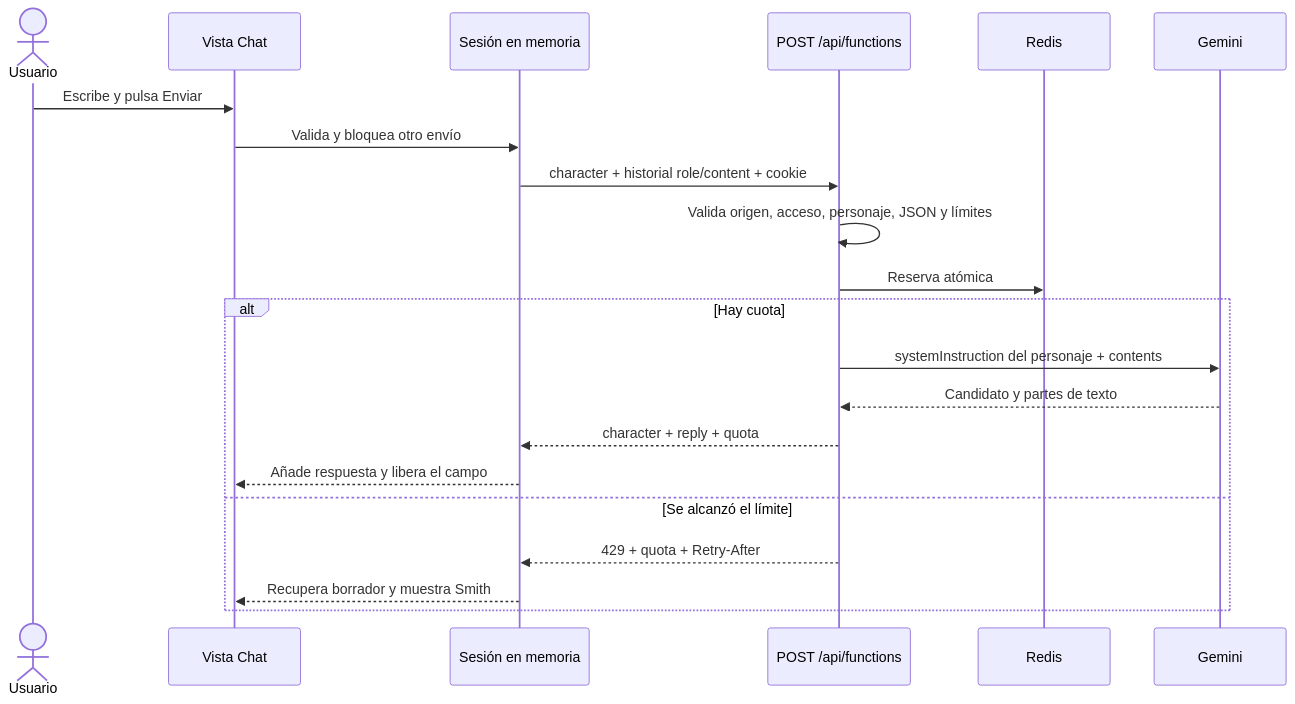
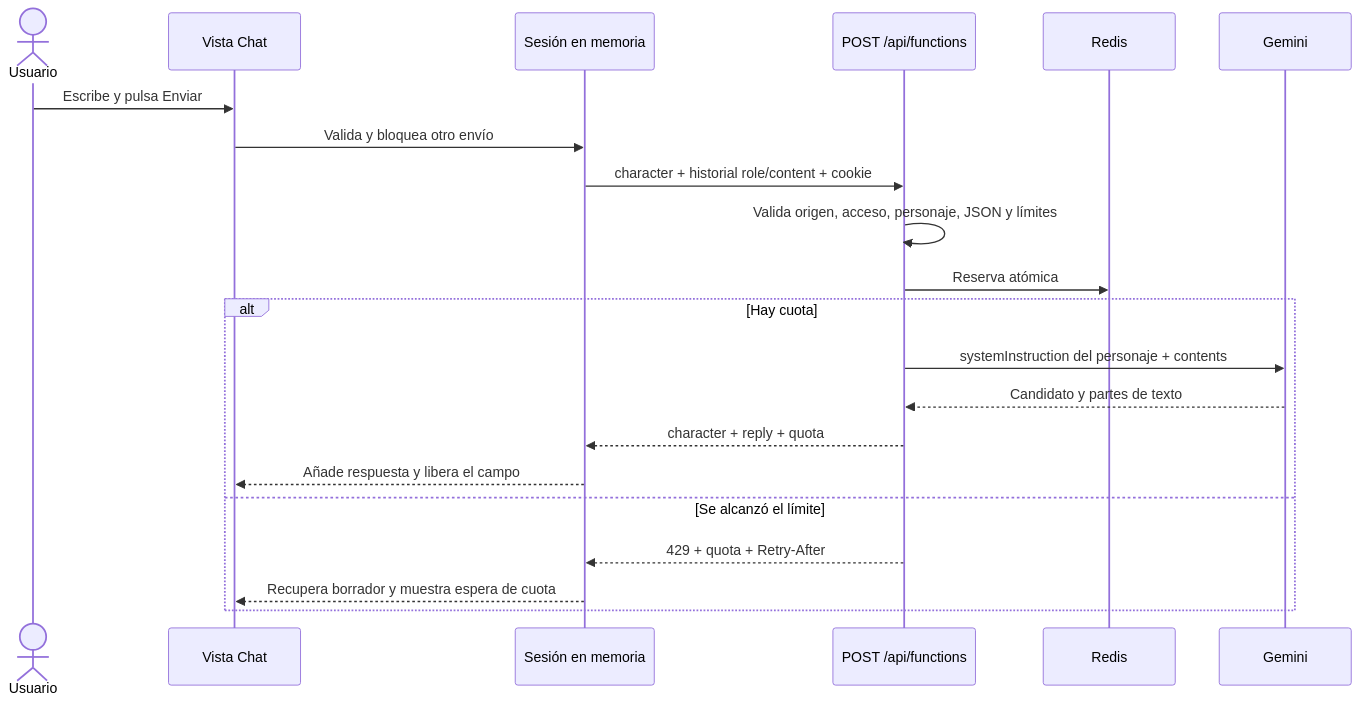
The diagram in docs/arquitectura.md (MiguelMirandaV/chat-morfeo-m3), drawn with Mermaid before and after one commit. The commit also changed other lines of this file and 8 other files, not shown here.

````diff
--- a/docs/arquitectura.md
+++ b/docs/arquitectura.md
@@ -7,23 +7,23 @@
 ```mermaid
 sequenceDiagram
     actor Usuario
     participant Vista as Vista Chat
     participant Sesion as Sesión en memoria
     participant API as POST /api/functions
     participant Redis
     participant Gemini
     Usuario->>Vista: Escribe y pulsa Enviar
     Vista->>Sesion: Valida y bloquea otro envío
     Sesion->>API: character + historial role/content + cookie
     API->>API: Valida origen, acceso, personaje, JSON y límites
     API->>Redis: Reserva atómica
     alt Hay cuota
         API->>Gemini: systemInstruction del personaje + contents
         Gemini-->>API: Candidato y partes de texto
         API-->>Sesion: character + reply + quota
         Sesion-->>Vista: Añade respuesta y libera el campo
     else Se alcanzó el límite
         API-->>Sesion: 429 + quota + Retry-After
-        Sesion-->>Vista: Recupera borrador y muestra Smith
+        Sesion-->>Vista: Recupera borrador y muestra espera de cuota
     end
 ```
````
